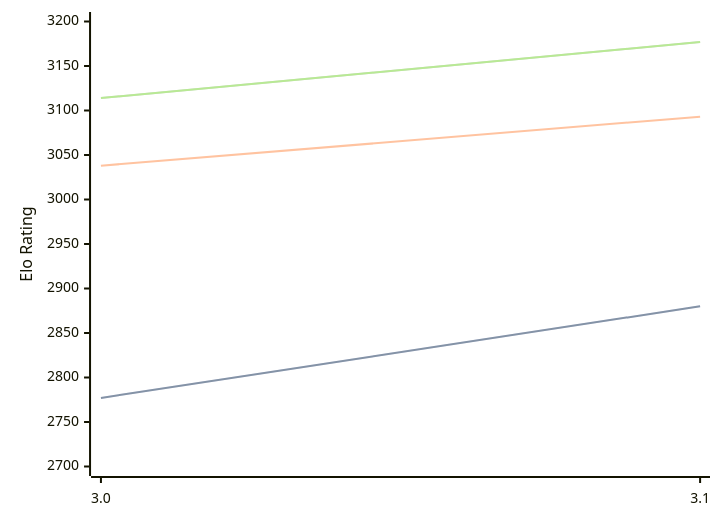
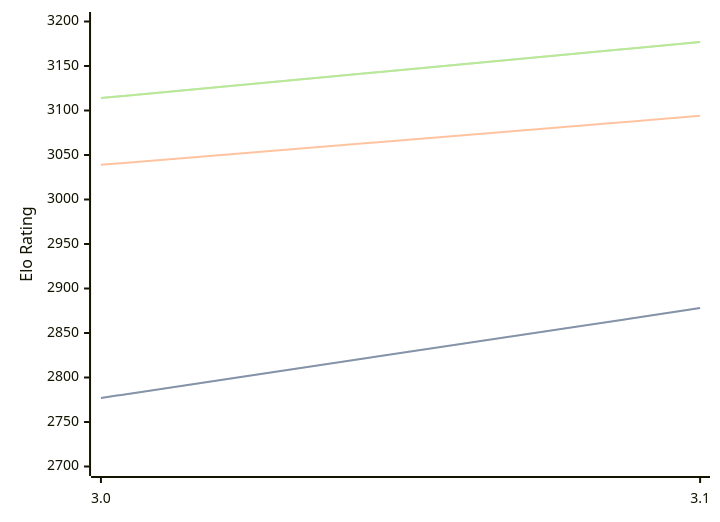
The diagram in engines/Vajolet2.md (computer-chess-index/cci), drawn with Mermaid before and after one commit. The commit also changed other lines of this file, not shown here.

````diff
--- a/engines/Vajolet2.md
+++ b/engines/Vajolet2.md
@@ -40,11 +40,11 @@
 ```mermaid
 %%{init: {"theme":"base","themeVariables":{"seriesColors:['#a3a3a3','#222221','#faa371']}}}%%
 xychart-beta
   x-axis ["3.0", "3.1"]
   y-axis "Elo Rating" 2700 --> 3200
-  line "STC (8.0+0.08s)" [2777, 2880]
-  line "STC (8.0+0.08s)" [2777, 2880]
-  line "LTC (60.0+0.60s)" [3038, 3093]
+  line "STC (8.0+0.08s)" [2777, 2878]
+  line "STC (8.0+0.08s)" [2777, 2878]
+  line "LTC (60.0+0.60s)" [3039, 3094]
   line "VLTC (2m24s+1.12s)" [3114, 3177]
   line "VLTC (2m24s+1.12s)" [3114, 3177]
 ```
````
